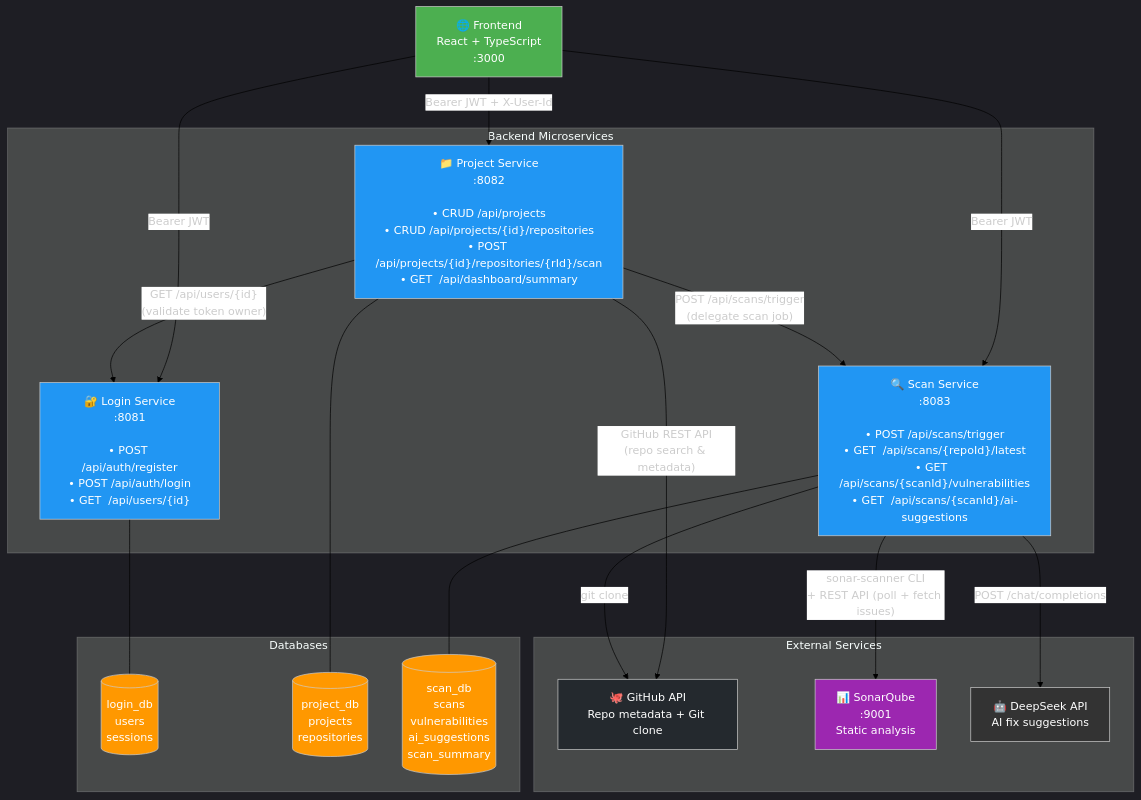
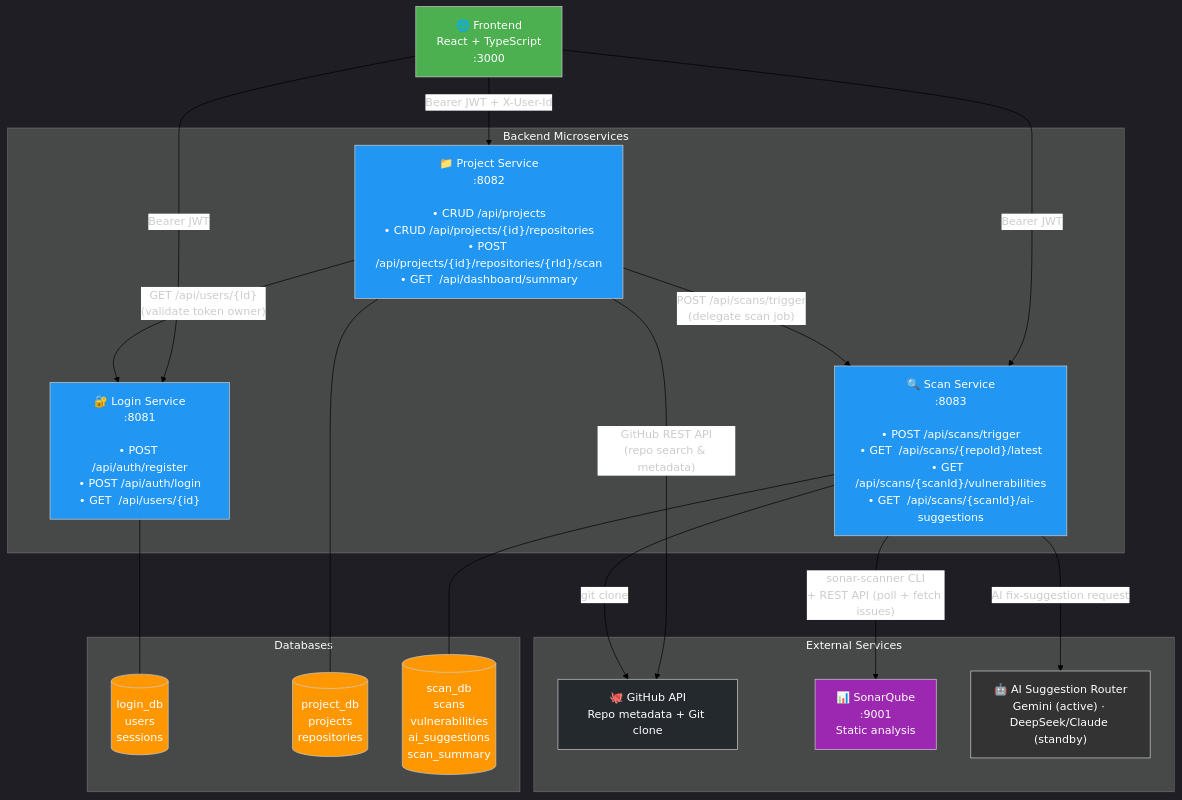
The diagram in docs/Microservice Communication.mermaid (kaldrake/NUSISS_ProjectManagementPortal), drawn with Mermaid before and after one commit. The commit also changed 7 other files, not shown here.

Commit message:
Edited diagrams

```diff
--- a/docs/Microservice Communication.mermaid
+++ b/docs/Microservice Communication.mermaid
@@ -1,53 +1,53 @@
 %%{init: {'theme': 'dark', 'themeVariables': {'lineColor': '#000000', 'edgeLabelBackground': '#ffffff'}}}%%
 graph TD
-    FE["🌐 Frontend\nReact + TypeScript\n:3000"]
+    FE["🌐 Frontend<br>React + TypeScript<br>:3000"]
 
     subgraph "Backend Microservices"
-        LS["🔐 Login Service\n:8081\n\n• POST /api/auth/register\n• POST /api/auth/login\n• GET  /api/users/{id}"]
-        PS["📁 Project Service\n:8082\n\n• CRUD /api/projects\n• CRUD /api/projects/{id}/repositories\n• POST /api/projects/{id}/repositories/{rId}/scan\n• GET  /api/dashboard/summary"]
-        SCS["🔍 Scan Service\n:8083\n\n• POST /api/scans/trigger\n• GET  /api/scans/{repoId}/latest\n• GET  /api/scans/{scanId}/vulnerabilities\n• GET  /api/scans/{scanId}/ai-suggestions"]
+        LS["🔐 Login Service<br>:8081<br><br>• POST /api/auth/register<br>• POST /api/auth/login<br>• GET  /api/users/{id}"]
+        PS["📁 Project Service<br>:8082<br><br>• CRUD /api/projects<br>• CRUD /api/projects/{id}/repositories<br>• POST /api/projects/{id}/repositories/{rId}/scan<br>• GET  /api/dashboard/summary"]
+        SCS["🔍 Scan Service<br>:8083<br><br>• POST /api/scans/trigger<br>• GET  /api/scans/{repoId}/latest<br>• GET  /api/scans/{scanId}/vulnerabilities<br>• GET  /api/scans/{scanId}/ai-suggestions"]
     end
 
     subgraph "Databases"
-        LDB[("login_db\nusers\nsessions")]
-        PDB[("project_db\nprojects\nrepositories")]
-        SDB[("scan_db\nscans\nvulnerabilities\nai_suggestions\nscan_summary")]
+        LDB[("login_db<br>users<br>sessions")]
+        PDB[("project_db<br>projects<br>repositories")]
+        SDB[("scan_db<br>scans<br>vulnerabilities<br>ai_suggestions<br>scan_summary")]
     end
 
     subgraph "External Services"
-        GH["🐙 GitHub API\nRepo metadata + Git clone"]
-        SQ["📊 SonarQube\n:9001\nStatic analysis"]
-        DS["🤖 DeepSeek API\nAI fix suggestions"]
+        GH["🐙 GitHub API<br>Repo metadata + Git clone"]
+        SQ["📊 SonarQube<br>:9001<br>Static analysis"]
+        AI["🤖 AI Suggestion Router<br>Gemini (active) · DeepSeek/Claude (standby)"]
     end
 
     %% Frontend → all services
     FE -->|"Bearer JWT"| LS
     FE -->|"Bearer JWT + X-User-Id"| PS
     FE -->|"Bearer JWT"| SCS
 
     %% Service-to-service (internal HTTP)
-    PS -->|"GET /api/users/{id}\n(validate token owner)"| LS
-    PS -->|"POST /api/scans/trigger\n(delegate scan job)"| SCS
+    PS -->|"GET /api/users/{id}<br>(validate token owner)"| LS
+    PS -->|"POST /api/scans/trigger<br>(delegate scan job)"| SCS
 
     %% Services → their DBs
     LS --- LDB
     PS --- PDB
     SCS --- SDB
 
     %% External integrations
-    PS -->|"GitHub REST API\n(repo search & metadata)"| GH
+    PS -->|"GitHub REST API<br>(repo search & metadata)"| GH
     SCS -->|"git clone"| GH
-    SCS -->|"sonar-scanner CLI\n+ REST API (poll + fetch issues)"| SQ
-    SCS -->|"POST /chat/completions"| DS
+    SCS -->|"sonar-scanner CLI<br>+ REST API (poll + fetch issues)"| SQ
+    SCS -->|"AI fix-suggestion request"| AI
 
     %% Styling
     style FE fill:#4CAF50,color:#fff
     style LS fill:#2196F3,color:#fff
     style PS fill:#2196F3,color:#fff
     style SCS fill:#2196F3,color:#fff
     style LDB fill:#FF9800,color:#fff
     style PDB fill:#FF9800,color:#fff
     style SDB fill:#FF9800,color:#fff
     style GH fill:#24292e,color:#fff
     style SQ fill:#9C27B0,color:#fff
-    style DS fill:#333,color:#fff
+    style AI fill:#333,color:#fff
```
